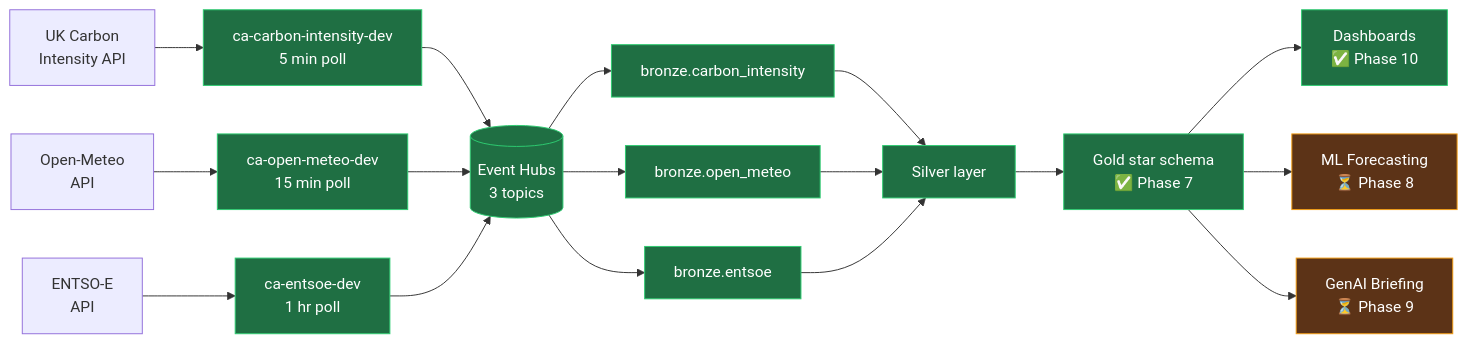
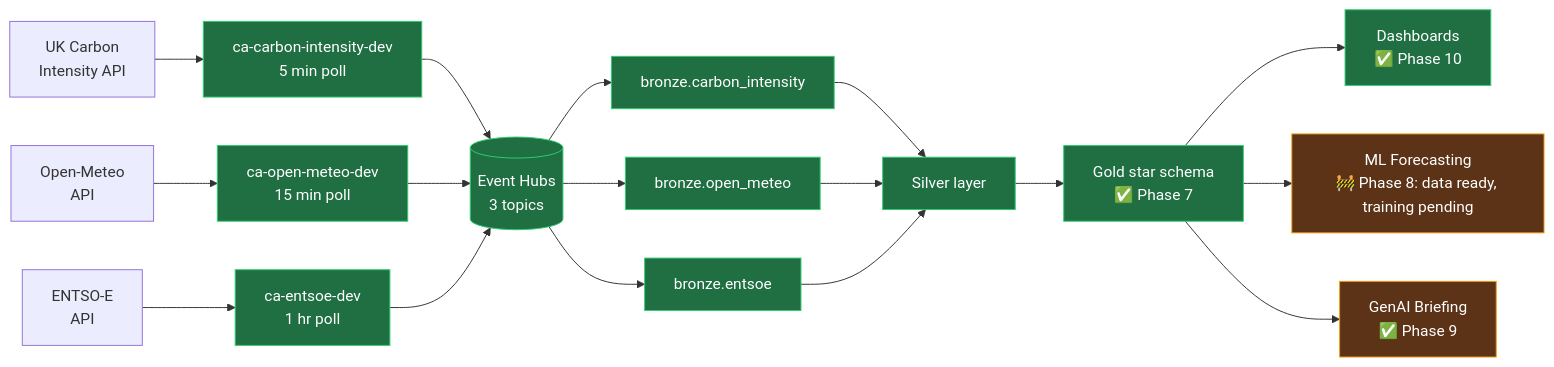
One commit to demonjd2026-afk/gridsense changed the diagram in README.md. Above: the diagram before and after it, drawn with Mermaid. The commit also changed other lines of this file, not shown here.

Commit message:
docs(readme): reflect Phase 8.A/B/C backfills — 2.7M rows shipped, 8.D pending

````diff
--- a/README.md
+++ b/README.md
@@ -53,25 +54,25 @@
 ```mermaid
 flowchart LR
     A1[UK Carbon<br/>Intensity API] --> P1[ca-carbon-intensity-dev<br/>5 min poll]
     A2[Open-Meteo<br/>API] --> P2[ca-open-meteo-dev<br/>15 min poll]
     A3[ENTSO-E<br/>API] --> P3[ca-entsoe-dev<br/>1 hr poll]
     P1 --> EH[(Event Hubs<br/>3 topics)]
     P2 --> EH
     P3 --> EH
     EH --> B1[bronze.carbon_intensity]
     EH --> B2[bronze.open_meteo]
     EH --> B3[bronze.entsoe]
     B1 --> S[Silver layer]
     B2 --> S
     B3 --> S
     S --> G[Gold star schema<br/>✅ Phase 7]
     G --> PBI[Dashboards<br/>✅ Phase 10]
-    G --> ML[ML Forecasting<br/>⏳ Phase 8]
-    G --> AI[GenAI Briefing<br/>⏳ Phase 9]
+    G --> ML[ML Forecasting<br/>🚧 Phase 8: data ready, training pending]
+    G --> AI[GenAI Briefing<br/>✅ Phase 9]
 
     classDef done fill:#1f6f43,stroke:#2ecc71,color:#fff
     classDef wip fill:#5c3317,stroke:#f39c12,color:#fff
     class P1,P2,P3,EH,B1,B2,B3,S,G done
     class PBI done
     class ML,AI wip
 ```
````
